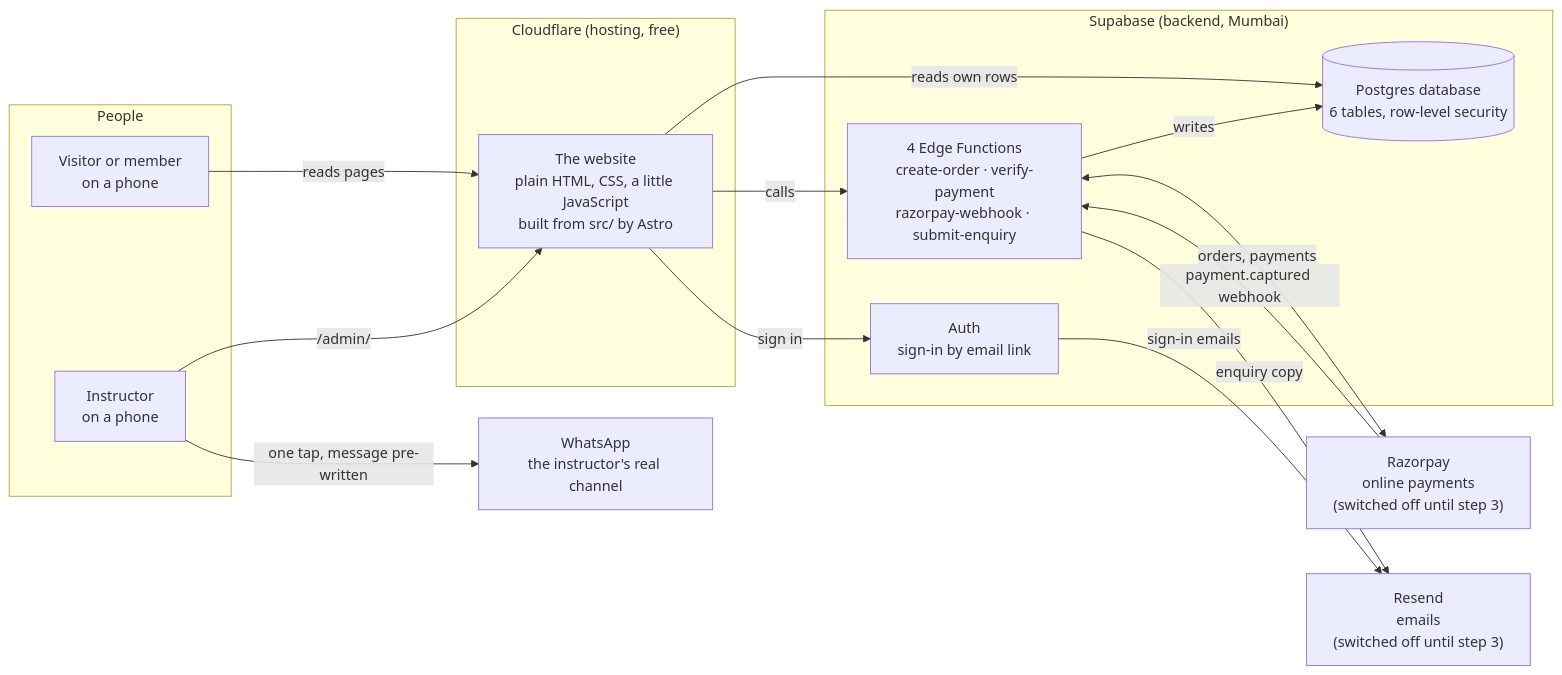
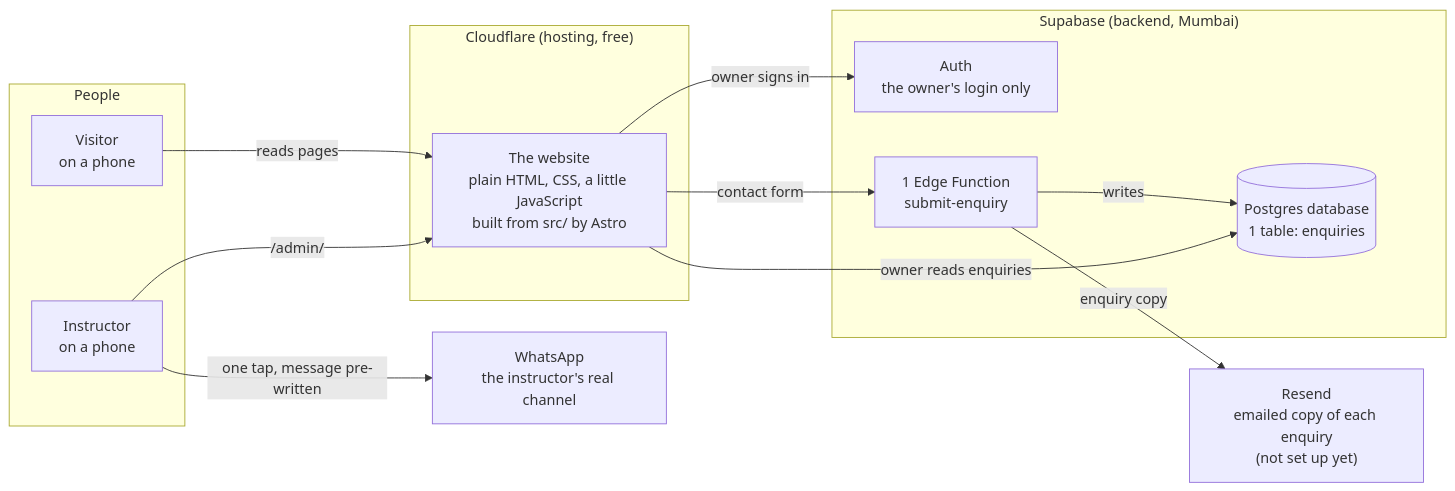
One commit to datewithcode/viral-yoga-website changed the first of 5 diagrams in docs/ARCHITECTURE.md. Above: the diagram before and after it, drawn with Mermaid. The commit also changed other lines of this file and 46 other files, not shown here.

First line of the commit message:
Remove payments and memberships: information site plus enquiries

````diff
--- a/docs/ARCHITECTURE.md
+++ b/docs/ARCHITECTURE.md
@@ -11,33 +11,29 @@
 ```mermaid
 flowchart LR
   subgraph People
-    V[Visitor or member<br/>on a phone]
+    V[Visitor<br/>on a phone]
     I[Instructor<br/>on a phone]
   end
 
   subgraph Cloudflare["Cloudflare (hosting, free)"]
     SITE["The website<br/>plain HTML, CSS, a little JavaScript<br/>built from src/ by Astro"]
   end
 
   subgraph Supabase["Supabase (backend, Mumbai)"]
-    AUTH["Auth<br/>sign-in by email link"]
-    DB[("Postgres database<br/>6 tables, row-level security")]
-    FN["4 Edge Functions<br/>create-order · verify-payment<br/>razorpay-webhook · submit-enquiry"]
+    AUTH["Auth<br/>the owner's login only"]
+    DB[("Postgres database<br/>1 table: enquiries")]
+    FN["1 Edge Function<br/>submit-enquiry"]
   end
 
-  RZ["Razorpay<br/>online payments<br/>(switched off until step 3)"]
-  RS["Resend<br/>emails<br/>(switched off until step 3)"]
+  RS["Resend<br/>emailed copy of each enquiry<br/>(not set up yet)"]
   WA["WhatsApp<br/>the instructor's real channel"]
 
   V -->|reads pages| SITE
   I -->|/admin/| SITE
-  SITE -->|sign in| AUTH
-  SITE -->|reads own rows| DB
-  SITE -->|calls| FN
+  SITE -->|contact form| FN
   FN -->|writes| DB
-  FN <-->|orders, payments| RZ
-  RZ -->|payment.captured webhook| FN
   FN -->|enquiry copy| RS
-  AUTH -->|sign-in emails| RS
+  SITE -->|owner signs in| AUTH
+  SITE -->|owner reads enquiries| DB
   I -->|one tap, message pre-written| WA
 ```
````
